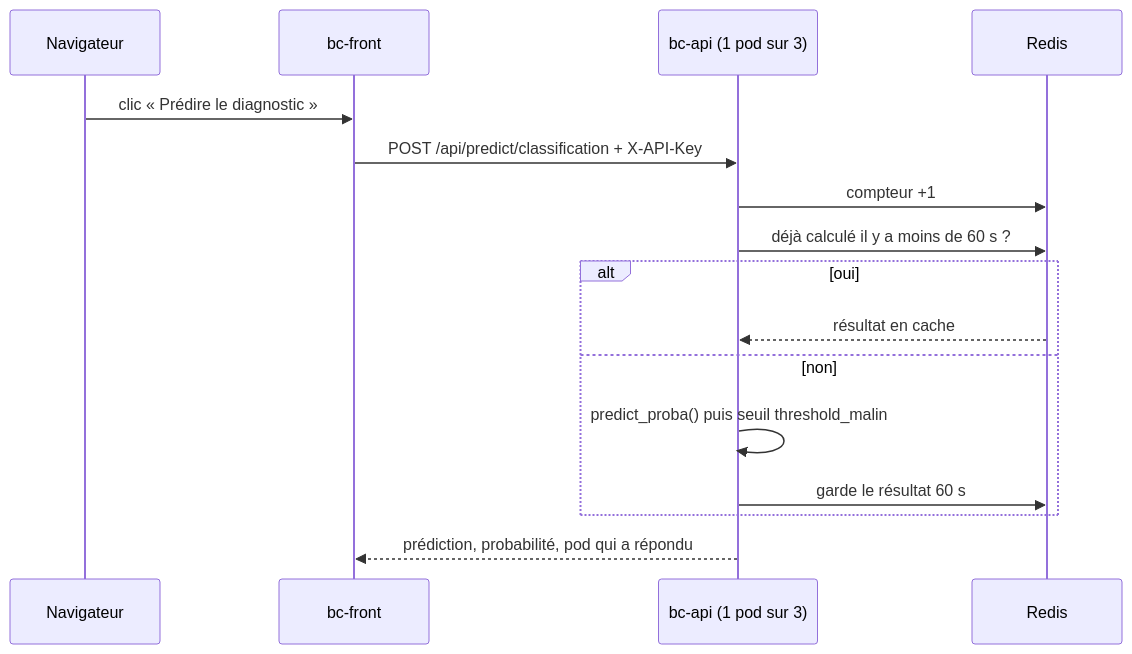
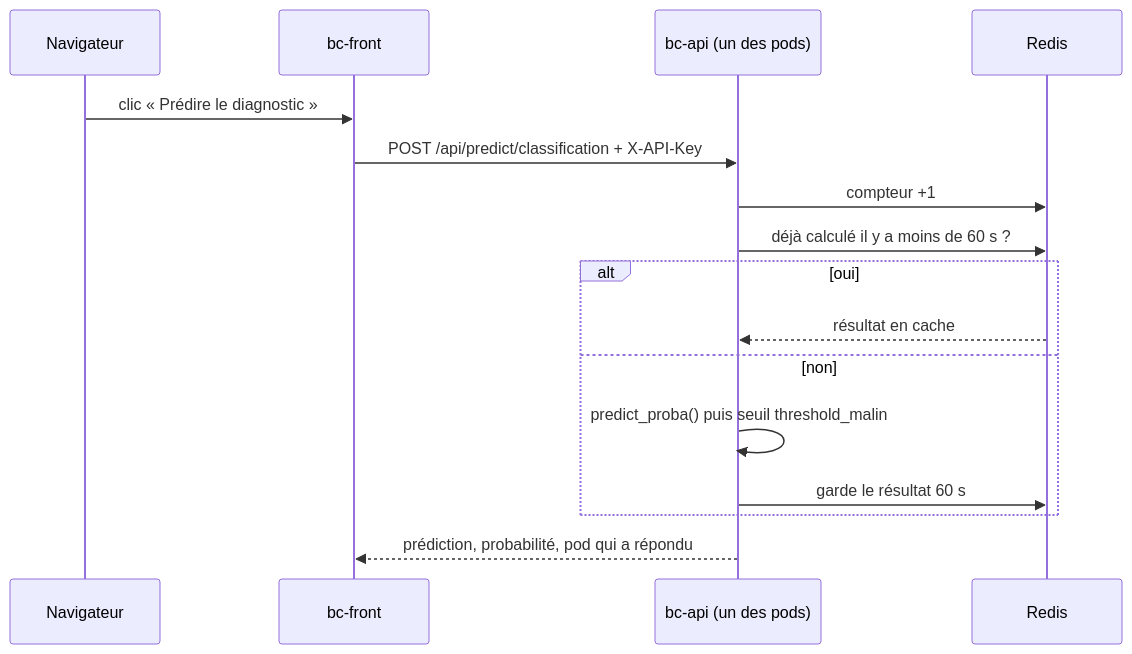
Before and after one commit to ssabiridrissi-rgb/breast-cancer: the second of 2 diagrams in README.md, drawn with Mermaid. The commit also changed other lines of this file, not shown here.

````diff
--- a/README.md
+++ b/README.md
@@ -97,18 +99,18 @@
 ```mermaid
 sequenceDiagram
     participant N as Navigateur
     participant F as bc-front
-    participant A as bc-api (1 pod sur 3)
+    participant A as bc-api (un des pods)
     participant R as Redis
     N->>F: clic « Prédire le diagnostic »
     F->>A: POST /api/predict/classification + X-API-Key
     A->>R: compteur +1
     A->>R: déjà calculé il y a moins de 60 s ?
     alt oui
         R-->>A: résultat en cache
     else non
         A->>A: predict_proba() puis seuil threshold_malin
         A->>R: garde le résultat 60 s
     end
     A-->>F: prédiction, probabilité, pod qui a répondu
 ```
````
